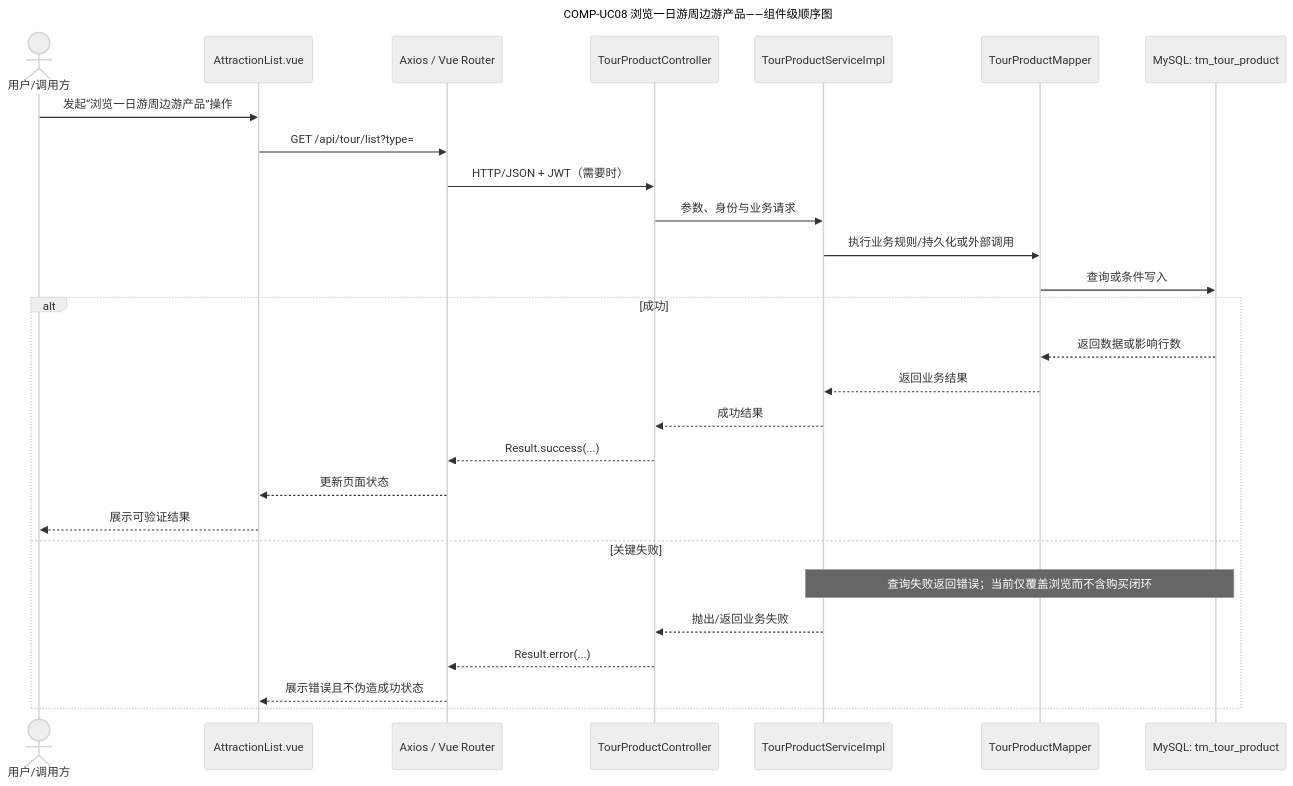
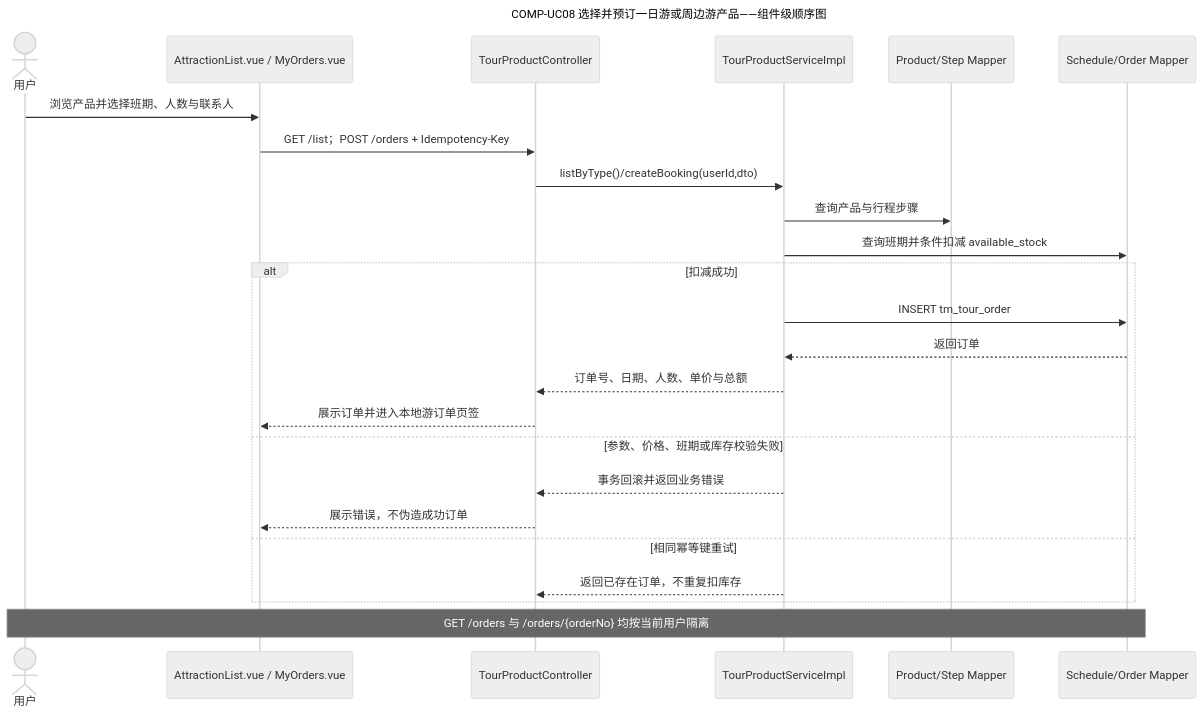
The diagram in 02_docs/概要设计说明/source/COMP-UC08_浏览一日游周边游产品.mmd (Miracle060811/Software_engineering), drawn with Mermaid (neutral theme) before and after one commit. The commit also changed 55 other files, not shown here.

Commit message:
docs: 同步最终交付文档与设计图

```diff
--- a/02_docs/概要设计说明/source/COMP-UC08_浏览一日游周边游产品.mmd
+++ b/02_docs/概要设计说明/source/COMP-UC08_浏览一日游周边游产品.mmd
@@ -1,28 +1,25 @@
 sequenceDiagram
-    title COMP-UC08 浏览一日游周边游产品——组件级顺序图
-    actor User as 用户/调用方
-    participant Page as AttractionList.vue
-    participant API as Axios / Vue Router
+    title COMP-UC08 选择并预订一日游或周边游产品——组件级顺序图
+    actor User as 用户
+    participant Page as AttractionList.vue / MyOrders.vue
     participant Controller as TourProductController
     participant Service as TourProductServiceImpl
-    participant Dependency as TourProductMapper
-    participant Data as MySQL: tm_tour_product
-    User->>Page: 发起“浏览一日游周边游产品”操作
-    Page->>API: GET /api/tour/list?type=
-    API->>Controller: HTTP/JSON + JWT（需要时）
-    Controller->>Service: 参数、身份与业务请求
-    Service->>Dependency: 执行业务规则/持久化或外部调用
-    Dependency->>Data: 查询或条件写入
-    alt 成功
-      Data-->>Dependency: 返回数据或影响行数
-      Dependency-->>Service: 返回业务结果
-      Service-->>Controller: 成功结果
-      Controller-->>API: Result.success(...)
-      API-->>Page: 更新页面状态
-      Page-->>User: 展示可验证结果
-    else 关键失败
-      Note over Service,Data: 查询失败返回错误；当前仅覆盖浏览而不含购买闭环
-      Service-->>Controller: 抛出/返回业务失败
-      Controller-->>API: Result.error(...)
-      API-->>Page: 展示错误且不伪造成功状态
+    participant Product as Product/Step Mapper
+    participant Booking as Schedule/Order Mapper
+    User->>Page: 浏览产品并选择班期、人数与联系人
+    Page->>Controller: GET /list；POST /orders + Idempotency-Key
+    Controller->>Service: listByType()/createBooking(userId,dto)
+    Service->>Product: 查询产品与行程步骤
+    Service->>Booking: 查询班期并条件扣减 available_stock
+    alt 扣减成功
+        Service->>Booking: INSERT tm_tour_order
+        Booking-->>Service: 返回订单
+        Service-->>Controller: 订单号、日期、人数、单价与总额
+        Controller-->>Page: 展示订单并进入本地游订单页签
+    else 参数、价格、班期或库存校验失败
+        Service-->>Controller: 事务回滚并返回业务错误
+        Controller-->>Page: 展示错误，不伪造成功订单
+    else 相同幂等键重试
+        Service-->>Controller: 返回已存在订单，不重复扣库存
     end
+    Note over User,Booking: GET /orders 与 /orders/{orderNo} 均按当前用户隔离
```
